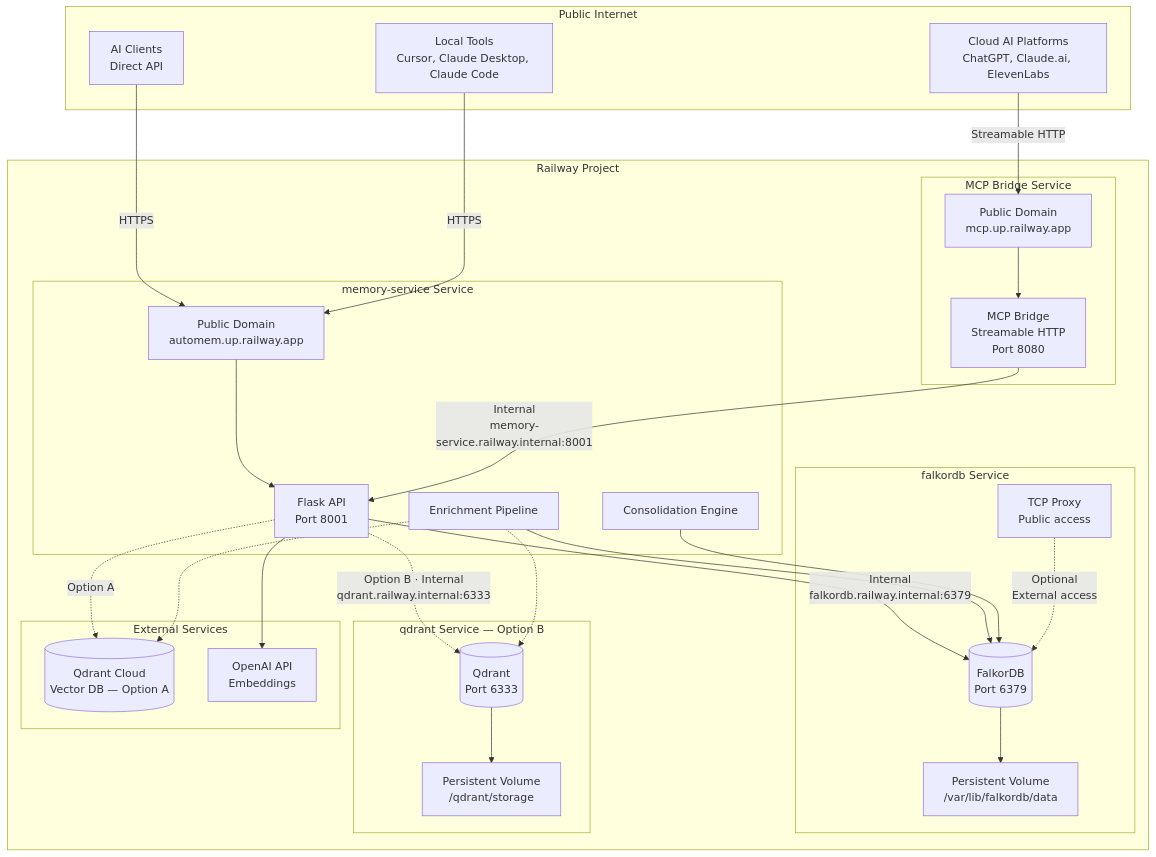
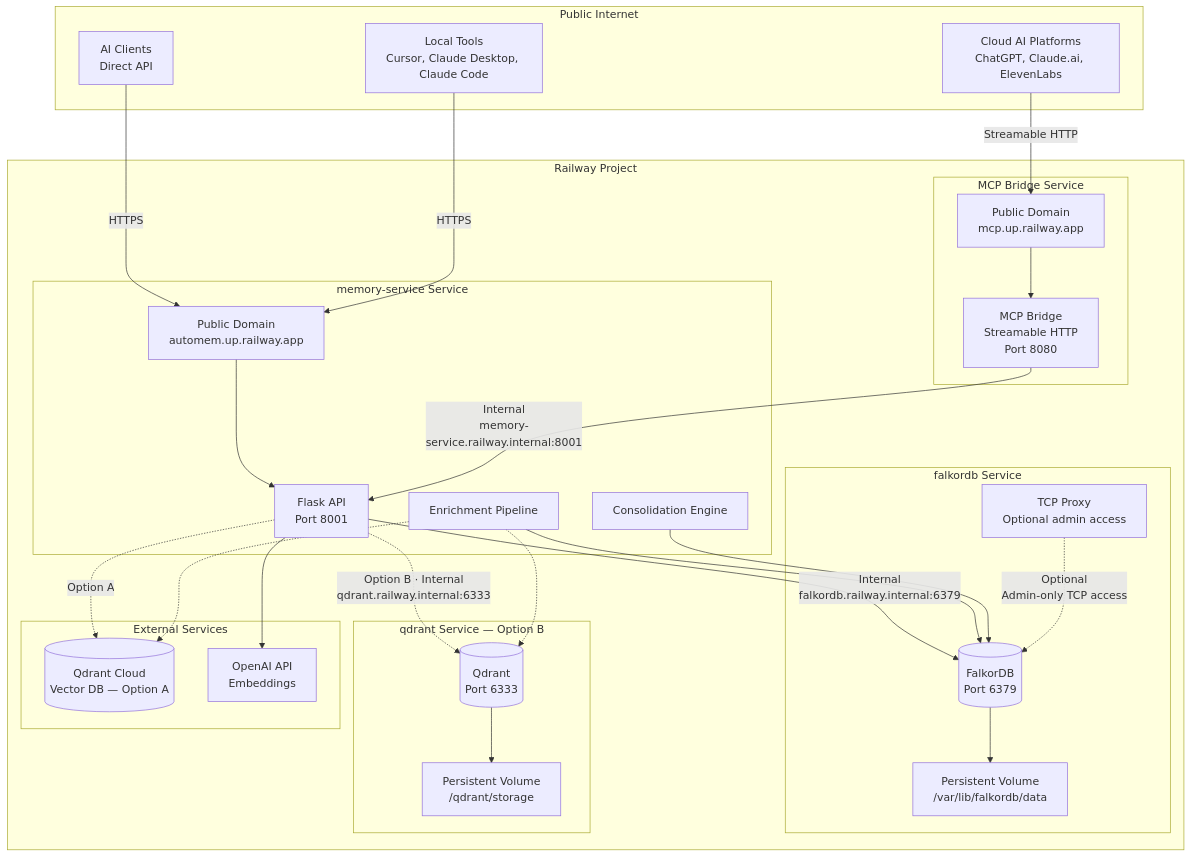
Before and after one commit to verygoodplugins/automem: the diagram in docs/RAILWAY_DEPLOYMENT.md, drawn with Mermaid. The commit also changed other lines of this file and 8 other files, not shown here.

````diff
--- a/docs/RAILWAY_DEPLOYMENT.md
+++ b/docs/RAILWAY_DEPLOYMENT.md
@@ -16,63 +16,63 @@
 ```mermaid
 flowchart TB
     subgraph internet [Public Internet]
         Users[AI Clients<br/>Direct API]
         CloudAI[Cloud AI Platforms<br/>ChatGPT, Claude.ai, ElevenLabs]
         Local[Local Tools<br/>Cursor, Claude Desktop, Claude Code]
     end
 
     subgraph railway [Railway Project]
         subgraph mcpbridge [MCP Bridge Service]
             MCPServer[MCP Bridge<br/>Streamable HTTP<br/>Port 8080]
             MCPDomain[Public Domain<br/>mcp.up.railway.app]
         end
 
         subgraph api [memory-service Service]
             FlaskAPI[Flask API<br/>Port 8001]
             APIDomain[Public Domain<br/>automem.up.railway.app]
 
             Enrichment[Enrichment Pipeline]
             Consolidation[Consolidation Engine]
         end
 
         subgraph db [falkordb Service]
             FalkorDB[(FalkorDB<br/>Port 6379)]
             Volume[Persistent Volume<br/>/var/lib/falkordb/data]
-            TCPProxy[TCP Proxy<br/>Public access]
+            TCPProxy[TCP Proxy<br/>Optional admin access]
         end
 
         subgraph qdrantsvc [qdrant Service — Option B]
             Qdrant[(Qdrant<br/>Port 6333)]
             QdrantVolume[Persistent Volume<br/>/qdrant/storage]
         end
 
         subgraph external [External Services]
             QdrantCloud[(Qdrant Cloud<br/>Vector DB — Option A)]
             OpenAI[OpenAI API<br/>Embeddings]
         end
     end
 
     Users -->|HTTPS| APIDomain
     CloudAI -->|Streamable HTTP| MCPDomain
     Local -->|HTTPS| APIDomain
 
     MCPDomain --> MCPServer
     APIDomain --> FlaskAPI
 
     MCPServer -->|Internal<br/>memory-service.railway.internal:8001| FlaskAPI
 
     FlaskAPI -->|Internal<br/>falkordb.railway.internal:6379| FalkorDB
     FlaskAPI -.->|Option A| QdrantCloud
     FlaskAPI -.->|Option B · Internal<br/>qdrant.railway.internal:6333| Qdrant
     FlaskAPI --> OpenAI
 
     Enrichment --> FalkorDB
     Enrichment -.-> QdrantCloud
     Enrichment -.-> Qdrant
     Consolidation --> FalkorDB
 
     FalkorDB --> Volume
     Qdrant --> QdrantVolume
 
-    TCPProxy -.->|Optional<br/>External access| FalkorDB
+    TCPProxy -.->|Optional<br/>Admin-only TCP access| FalkorDB
 ```
````
